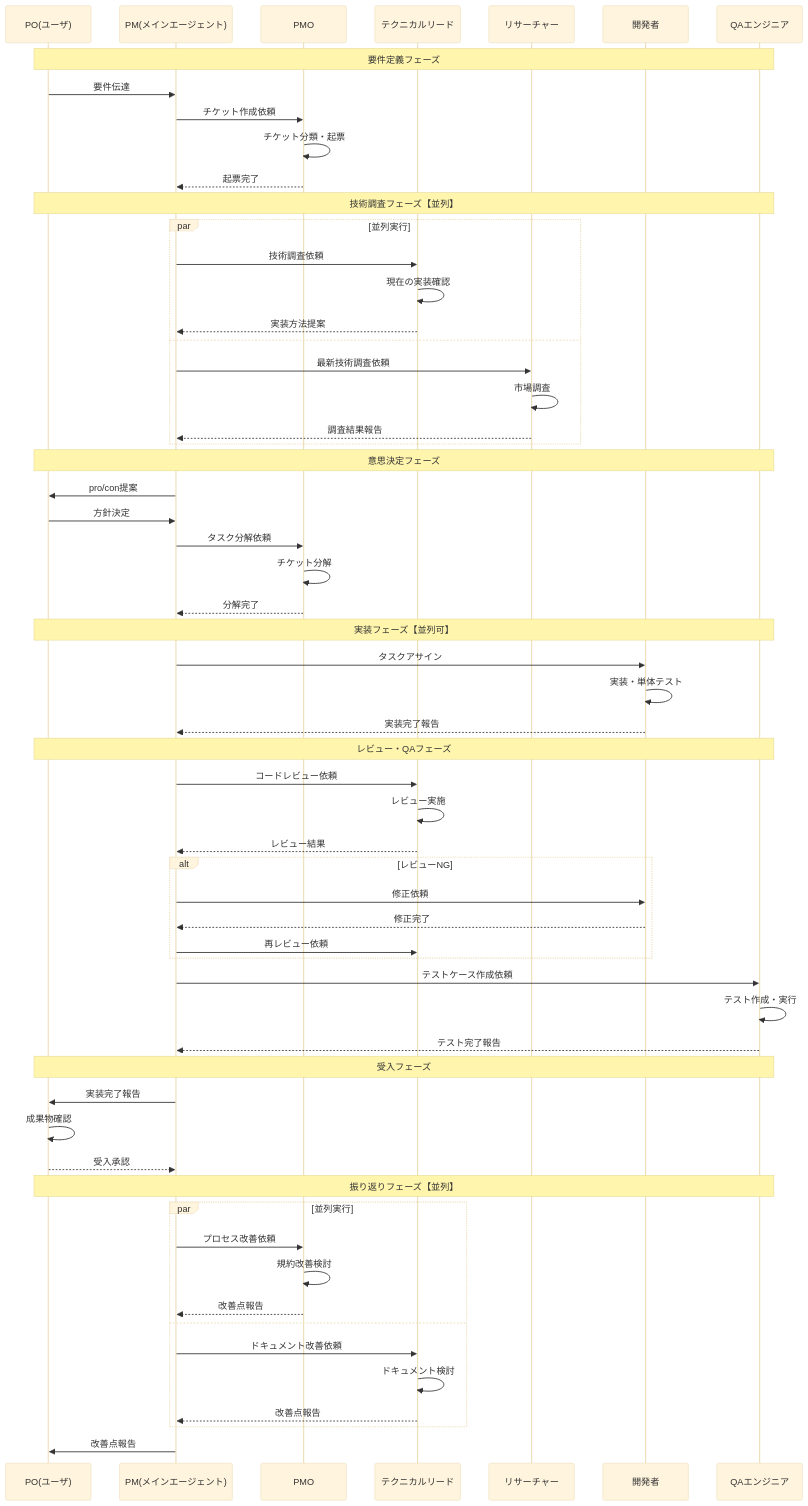
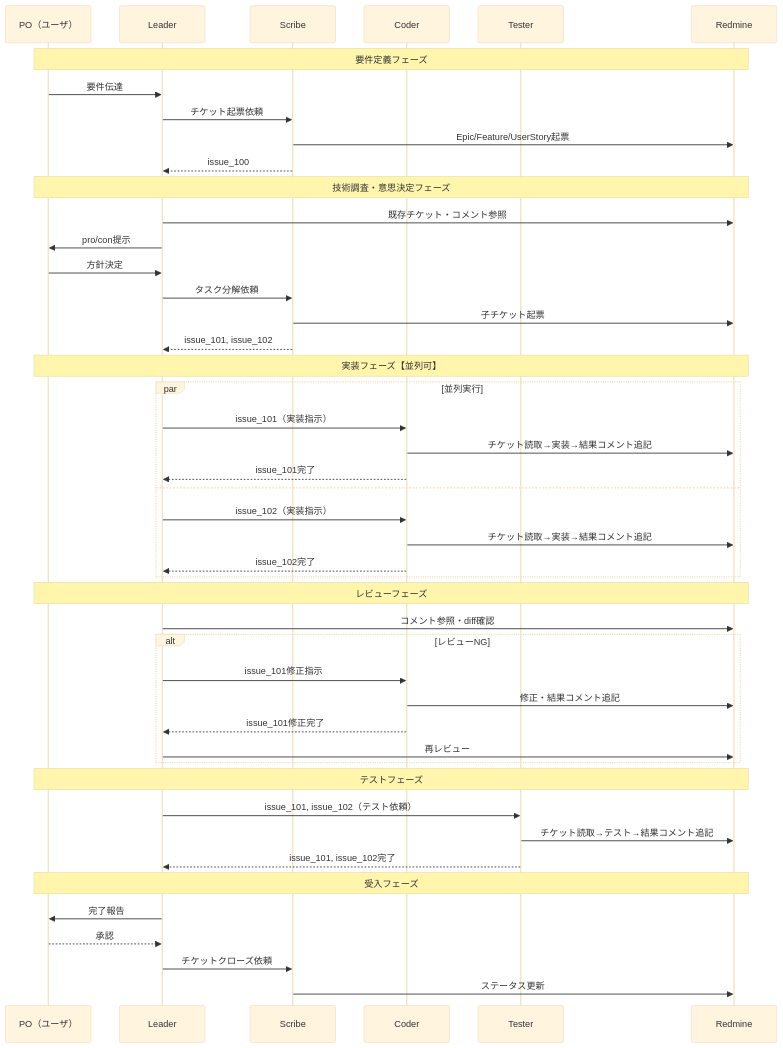
The second of 3 diagrams in docs/ワークフロー図.md (hollySizzle/ticket-tasuki), drawn with Mermaid (base theme) before and after one commit. The commit also changed other lines of this file and 3 other files, not shown here.

First line of the commit message:
[coder] issue_5832: 既存設計ドキュメントを方式E（Agent Teams + sendmessage_guard）前提に更新

````diff
--- a/docs/ワークフロー図.md
+++ b/docs/ワークフロー図.md
@@ -72,71 +60,54 @@
 ```mermaid
 sequenceDiagram
-    participant PO as PO(ユーザ)
-    participant PM as PM(メインエージェント)
-    participant PMO as PMO
-    participant TL as テクニカルリード
-    participant RS as リサーチャー
-    participant DEV as 開発者
-    participant QA as QAエンジニア
+    participant PO as PO（ユーザ）
+    participant L as Leader
+    participant S as Scribe
+    participant C as Coder
+    participant T as Tester
+    participant RM as Redmine
 
-    Note over PO,QA: 要件定義フェーズ
-    PO->>PM: 要件伝達
-    PM->>PMO: チケット作成依頼
-    PMO->>PMO: チケット分類・起票
-    PMO-->>PM: 起票完了
+    Note over PO,RM: 要件定義フェーズ
+    PO->>L: 要件伝達
+    L->>S: チケット起票依頼
+    S->>RM: Epic/Feature/UserStory起票
+    S-->>L: issue_100
 
-    Note over PO,QA: 技術調査フェーズ【並列】
+    Note over PO,RM: 技術調査・意思決定フェーズ
+    L->>RM: 既存チケット・コメント参照
+    L->>PO: pro/con提示
+    PO->>L: 方針決定
+    L->>S: タスク分解依頼
+    S->>RM: 子チケット起票
+    S-->>L: issue_101, issue_102
+
+    Note over PO,RM: 実装フェーズ【並列可】
     par 並列実行
-        PM->>TL: 技術調査依頼
-        TL->>TL: 現在の実装確認
-        TL-->>PM: 実装方法提案
+        L->>C: issue_101（実装指示）
+        C->>RM: チケット読取→実装→結果コメント追記
+        C-->>L: issue_101完了
     and
-        PM->>RS: 最新技術調査依頼
-        RS->>RS: 市場調査
-        RS-->>PM: 調査結果報告
+        L->>C: issue_102（実装指示）
+        C->>RM: チケット読取→実装→結果コメント追記
+        C-->>L: issue_102完了
     end
 
-    Note over PO,QA: 意思決定フェーズ
-    PM->>PO: pro/con提案
-    PO->>PM: 方針決定
-    PM->>PMO: タスク分解依頼
-    PMO->>PMO: チケット分解
-    PMO-->>PM: 分解完了
-
-    Note over PO,QA: 実装フェーズ【並列可】
-    PM->>DEV: タスクアサイン
-    DEV->>DEV: 実装・単体テスト
-    DEV-->>PM: 実装完了報告
-
-    Note over PO,QA: レビュー・QAフェーズ
-    PM->>TL: コードレビュー依頼
-    TL->>TL: レビュー実施
-    TL-->>PM: レビュー結果
-
+    Note over PO,RM: レビューフェーズ
+    L->>RM: コメント参照・diff確認
     alt レビューNG
-        PM->>DEV: 修正依頼
-        DEV-->>PM: 修正完了
-        PM->>TL: 再レビュー依頼
+        L->>C: issue_101修正指示
+        C->>RM: 修正・結果コメント追記
+        C-->>L: issue_101修正完了
+        L->>RM: 再レビュー
     end
 
-    PM->>QA: テストケース作成依頼
-    QA->>QA: テスト作成・実行
-    QA-->>PM: テスト完了報告
+    Note over PO,RM: テストフェーズ
+    L->>T: issue_101, issue_102（テスト依頼）
+    T->>RM: チケット読取→テスト→結果コメント追記
+    T-->>L: issue_101, issue_102完了
 
-    Note over PO,QA: 受入フェーズ
-    PM->>PO: 実装完了報告
-    PO->>PO: 成果物確認
-    PO-->>PM: 受入承認
-
-    Note over PO,QA: 振り返りフェーズ【並列】
-    par 並列実行
-        PM->>PMO: プロセス改善依頼
-        PMO->>PMO: 規約改善検討
-        PMO-->>PM: 改善点報告
-    and
-        PM->>TL: ドキュメント改善依頼
-        TL->>TL: ドキュメント検討
-        TL-->>PM: 改善点報告
-    end
-    PM->>PO: 改善点報告
+    Note over PO,RM: 受入フェーズ
+    L->>PO: 完了報告
+    PO-->>L: 承認
+    L->>S: チケットクローズ依頼
+    S->>RM: ステータス更新
 ```
````
